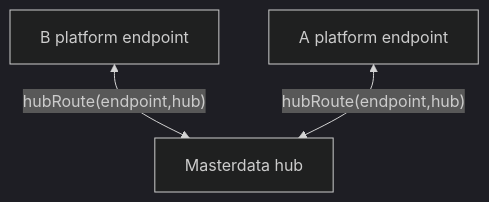
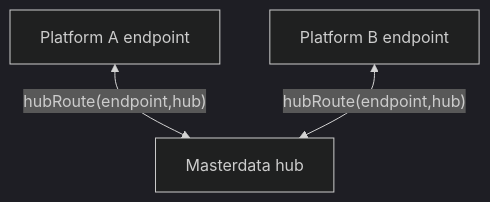
Before and after one commit to DKE-Data/masterdata-sync-working-group: the diagram in architecture/04-routing.md, drawn with Mermaid (dark theme). The commit also changed other lines of this file and 3 other files, not shown here.

````diff
--- a/architecture/04-routing.md
+++ b/architecture/04-routing.md
@@ -24,10 +24,10 @@
 ```mermaid
 flowchart TB
-    Aplatform["A platform endpoint"]
-    Bplatform["B platform endpoint"]
+    Aplatform["Platform A endpoint"]
+    Bplatform["Platform B endpoint"]
     MasterdataHub["Masterdata hub"]
+    Aplatform <-->|"hubRoute(endpoint,hub)"| MasterdataHub
     Bplatform <-->|"hubRoute(endpoint,hub)"| MasterdataHub
-    Aplatform <-->|"hubRoute(endpoint,hub)"| MasterdataHub
     %% ceasg:{"id":"hr01a8qx"} %%
     %% mermaid-flow:pos Aplatform=102,59 Bplatform=389,62 MasterdataHub=239,-97
 ```
````
